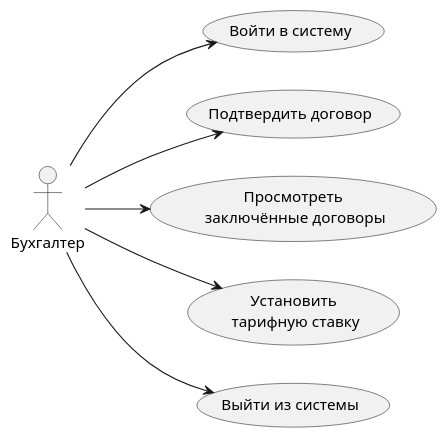
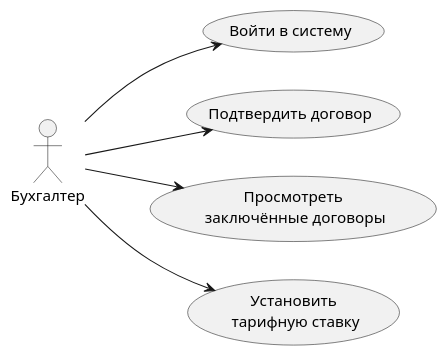
The diagram in Resource/Диаграммы вариантов использования/Accountant.wsd (MiFit1/OSOGO), drawn with PlantUML before and after one commit. The commit also changed 48 other files, not shown here.

Commit message:
Обновлены диаграммы. Обновлена ПЗ.

```diff
--- a/Resource/Диаграммы вариантов использования/Accountant.wsd
+++ b/Resource/Диаграммы вариантов использования/Accountant.wsd
@@ -1,19 +1,17 @@
 @startuml
 
 left to right direction
 
 actor "Бухгалтер" as fc
 
 usecase "Войти в систему" as UC1
 usecase "Подтвердить договор" as UC2
 usecase "Просмотреть\n заключённые договоры" as UC3
 usecase "Установить\n тарифную ставку" as UC4
-usecase "Выйти из системы" as UC5
 
 fc --> UC1
-fc --> UC5
 fc --> UC2
 fc --> UC3
 fc --> UC4
 
 @enduml
```
